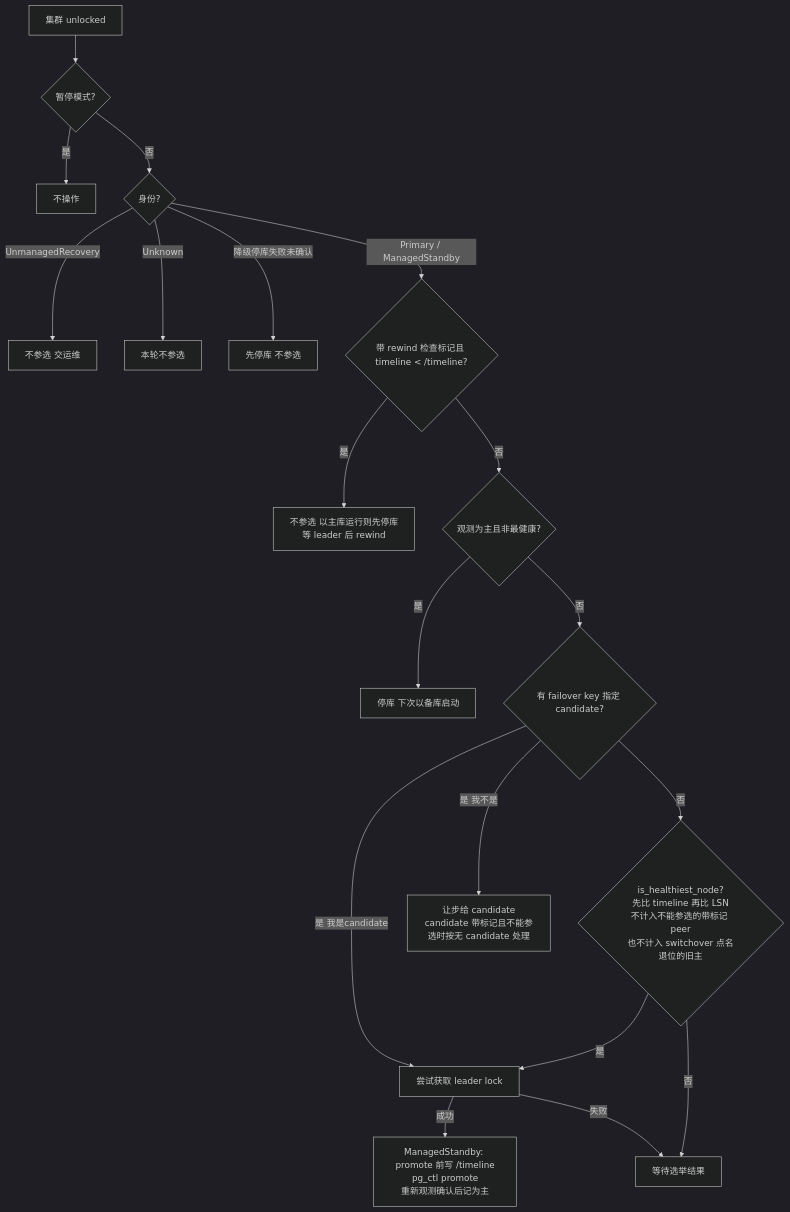
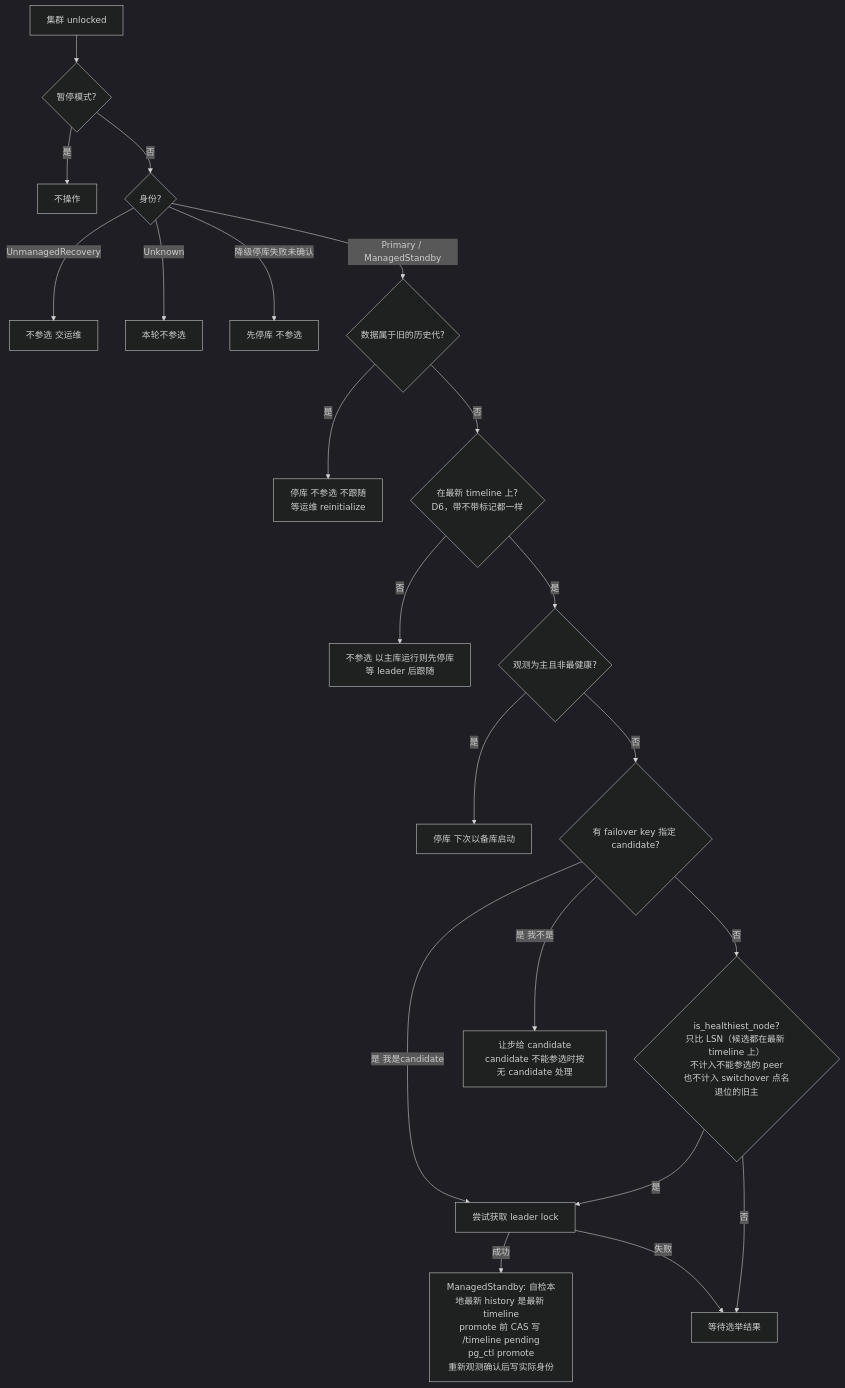
Before and after one commit to seraphico/pg-ha: the third of 11 diagrams in docs/pg-ha-architecture.md, drawn with Mermaid (dark theme). The commit also changed other lines of this file and 19 other files, not shown here.

````diff
--- a/docs/pg-ha-architecture.md
+++ b/docs/pg-ha-architecture.md
@@ -56,21 +56,23 @@
 ```mermaid
 flowchart TD
     START[集群 unlocked] --> PAUSE{暂停模式?}
     PAUSE -->|是| NOOP[不操作]
     PAUSE -->|否| IDENT{身份?}
     IDENT -->|UnmanagedRecovery| ASIDE[不参选 交运维]
     IDENT -->|Unknown| SKIP[本轮不参选]
     IDENT -->|降级停库失败未确认| FENCE[先停库 不参选]
-    IDENT -->|Primary / ManagedStandby| MARK{带 rewind 检查标记且 timeline < /timeline?}
-    MARK -->|是| ASIDE2[不参选 以主库运行则先停库<br/>等 leader 后 rewind]
-    MARK -->|否| STALE{观测为主且非最健康?}
+    IDENT -->|Primary / ManagedStandby| GEN{数据属于旧的历史代?}
+    GEN -->|是| HOLDGEN[停库 不参选 不跟随<br/>等运维 reinitialize]
+    GEN -->|否| MARK{在最新 timeline 上?<br/>D6，带不带标记都一样}
+    MARK -->|否| ASIDE2[不参选 以主库运行则先停库<br/>等 leader 后跟随]
+    MARK -->|是| STALE{观测为主且非最健康?}
     STALE -->|是| STOPSTALE[停库 下次以备库启动]
     STALE -->|否| FAILOVER{有 failover key 指定 candidate?}
     FAILOVER -->|是 我是candidate| ACQUIRE[尝试获取 leader lock]
-    FAILOVER -->|是 我不是| DEFER[让步给 candidate<br/>candidate 带标记且不能参选时按无 candidate 处理]
-    FAILOVER -->|否| HEALTH{is_healthiest_node?<br/>先比 timeline 再比 LSN<br/>不计入不能参选的带标记 peer<br/>也不计入 switchover 点名退位的旧主}
+    FAILOVER -->|是 我不是| DEFER[让步给 candidate<br/>candidate 不能参选时按无 candidate 处理]
+    FAILOVER -->|否| HEALTH{is_healthiest_node?<br/>只比 LSN（候选都在最新 timeline 上）<br/>不计入不能参选的 peer<br/>也不计入 switchover 点名退位的旧主}
     HEALTH -->|是| ACQUIRE
     HEALTH -->|否| WAIT[等待选举结果]
-    ACQUIRE -->|成功| PROMOTE[ManagedStandby: promote 前写 /timeline<br/>pg_ctl promote<br/>重新观测确认后记为主]
+    ACQUIRE -->|成功| PROMOTE[ManagedStandby: 自检本地最新 history 是最新 timeline<br/>promote 前 CAS 写 /timeline pending<br/>pg_ctl promote<br/>重新观测确认后写实际身份]
     ACQUIRE -->|失败| WAIT
 ```
````
